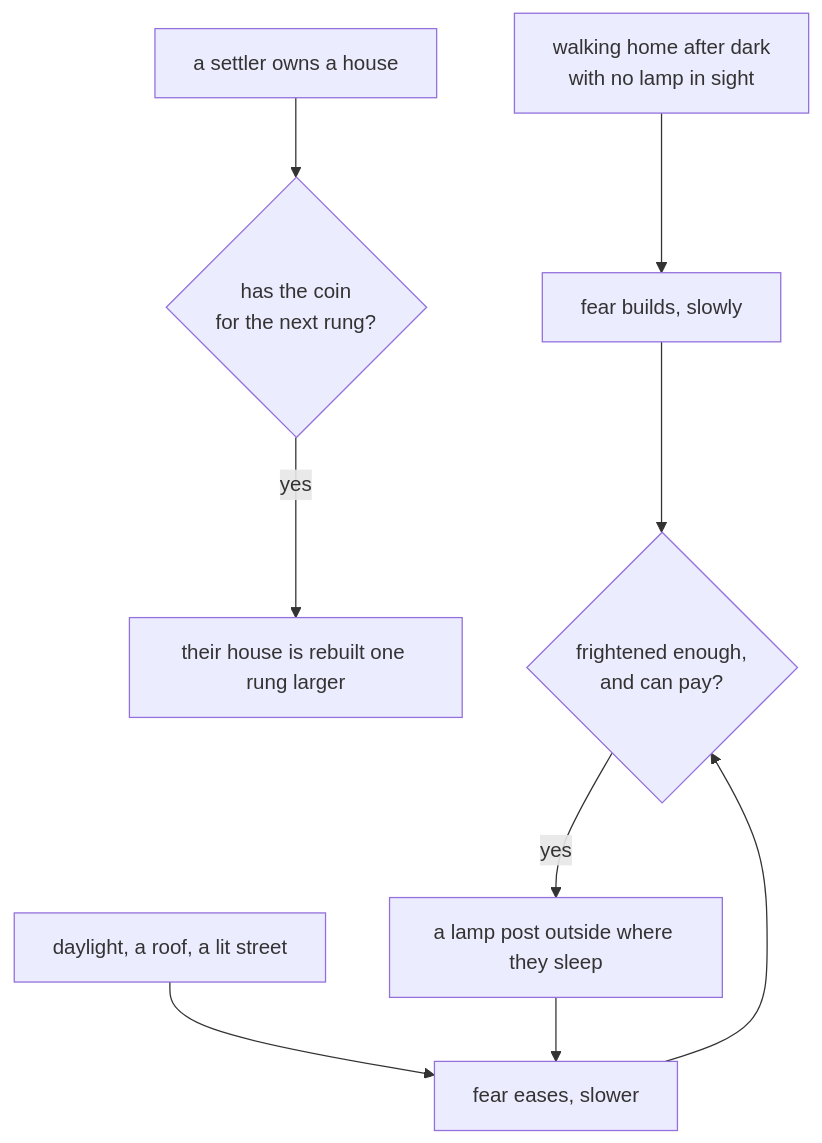
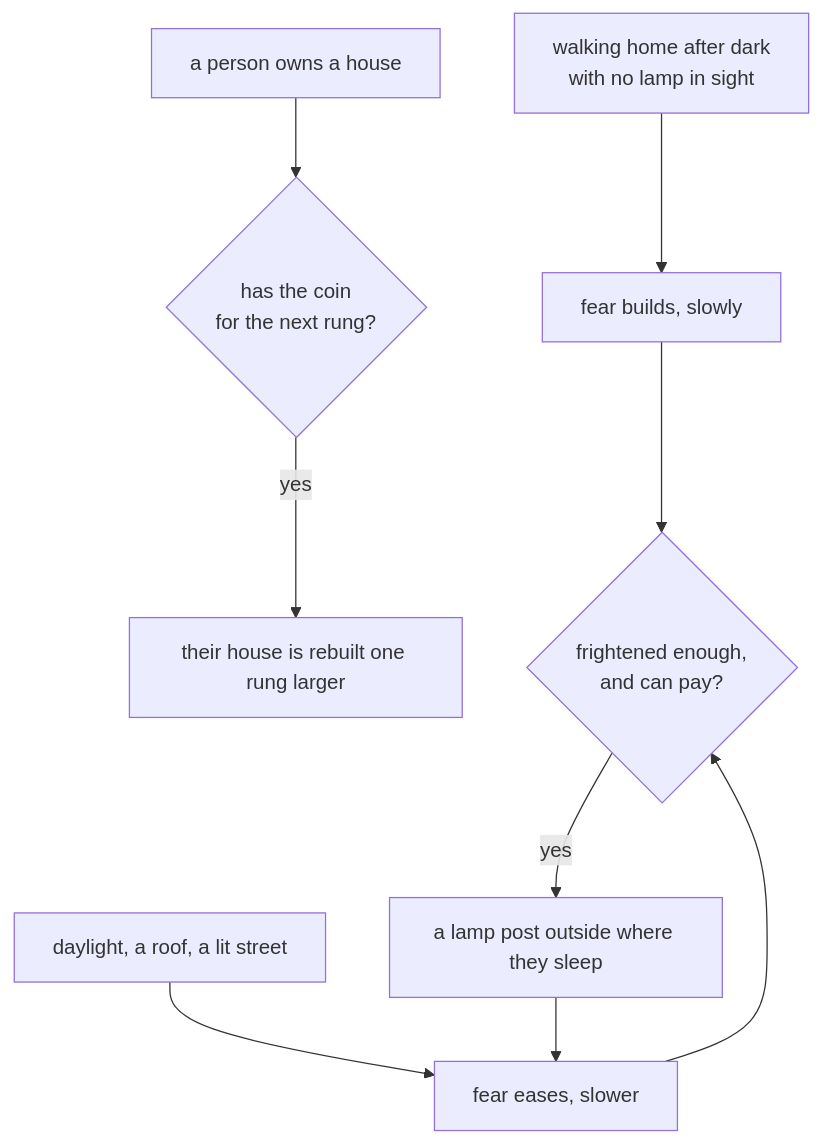
One commit to tmpk13/grow changed diagram 18 of 47 in ARCHITECTURE.md. Above: the diagram before and after it, drawn with Mermaid. The commit also changed other lines of this file and 58 other files, not shown here.

````diff
--- a/ARCHITECTURE.md
+++ b/ARCHITECTURE.md
@@ -870,11 +870,11 @@
 ```mermaid
 flowchart TD
-  own["a settler owns a house"] --> coin{"has the coin<br/>for the next rung?"}
+  own["a person owns a house"] --> coin{"has the coin<br/>for the next rung?"}
   coin -- yes --> up["their house is rebuilt one rung larger"]
   dark["walking home after dark<br/>with no lamp in sight"] --> fear["fear builds, slowly"]
   day["daylight, a roof, a lit street"] --> ease["fear eases, slower"]
   fear --> want{"frightened enough,<br/>and can pay?"}
   ease --> want
   want -- yes --> lamp["a lamp post outside where they sleep"]
   lamp --> ease
 ```
````
